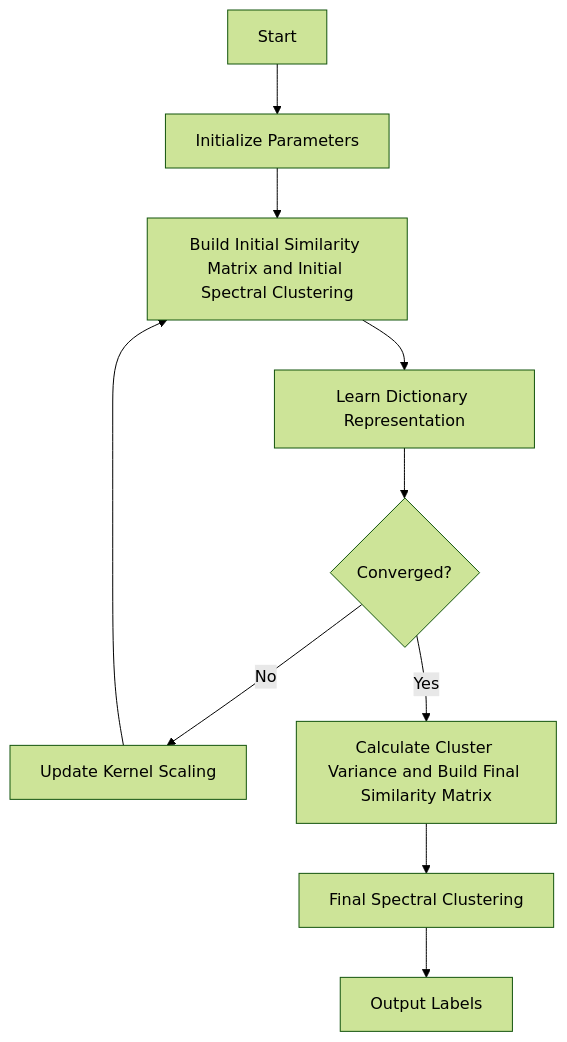
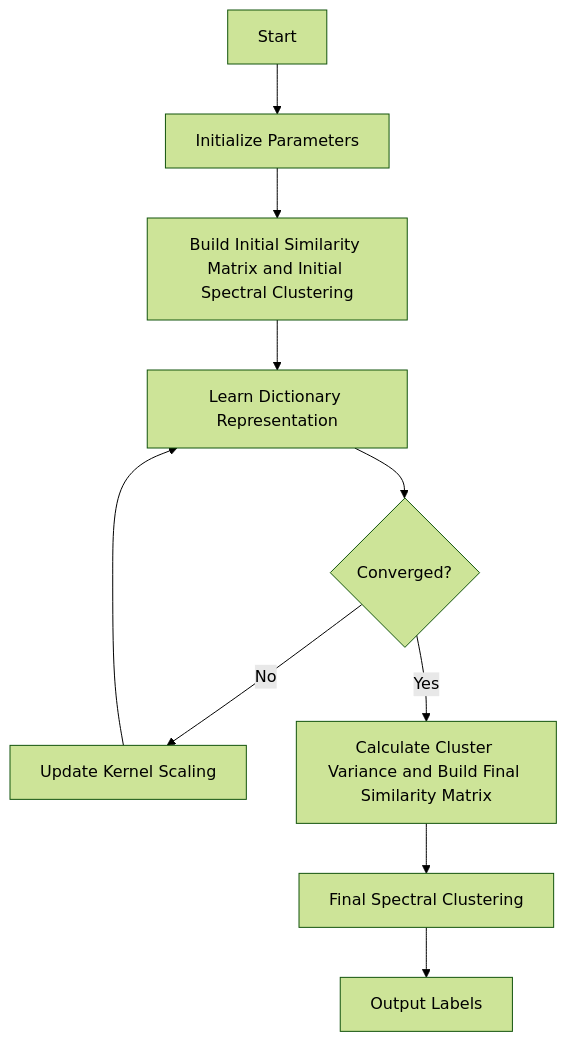
The diagram in README.md (xianzeqiang/Adaptive-Spectral-Clustering), drawn with Mermaid (forest theme) before and after one commit.

````diff
--- a/README.md
+++ b/README.md
@@ -83,12 +83,12 @@
 ```mermaid
 flowchart TD
     A[Start] --> B[Initialize Parameters]
     B --> C[Build Initial Similarity Matrix and Initial Spectral Clustering]
     C --> D[Learn Dictionary Representation]
     D --> E{Converged?}
     E -->|No| F[Update Kernel Scaling]
-    F --> C
+    F --> D
     E --> |Yes|G[Calculate Cluster Variance and Build Final Similarity Matrix]
     G --> H[Final Spectral Clustering]
     H --> I[Output Labels]
 ```
````
